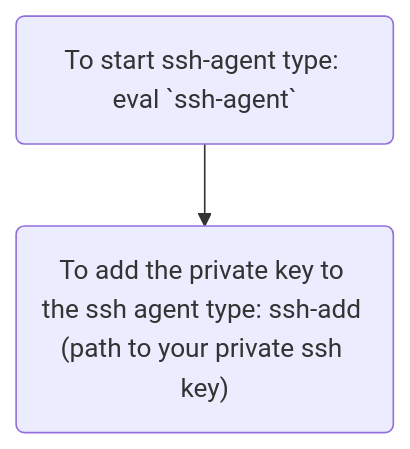
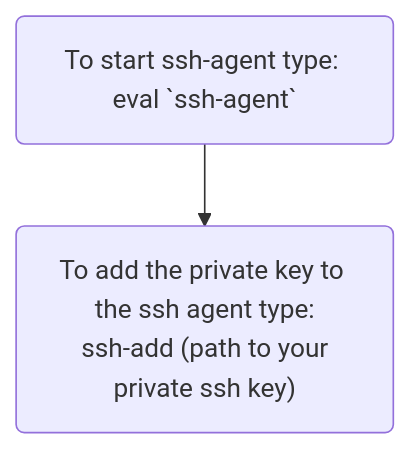
The fourth of 5 diagrams in content/projects/github.md (Filpill/blog-web), drawn with Mermaid before and after one commit. The commit also changed other lines of this file and 6 other files, not shown here.

Commit message:
editted data system post + mermaid diagram added

```diff
--- a/content/projects/github.md
+++ b/content/projects/github.md
@@ -55,4 +55,4 @@
 {{<mermaid>}}
 graph TD;
-    A("To start ssh-agent type: eval `ssh-agent`")-->B("To add the private key to the ssh agent type: ssh-add (path to your private ssh key)")
+    A("To start ssh-agent type: eval `ssh-agent`")-->B("To add the private key to the ssh agent type:<br> ssh-add (path to your private ssh key)")
 {{< /mermaid >}}
```
